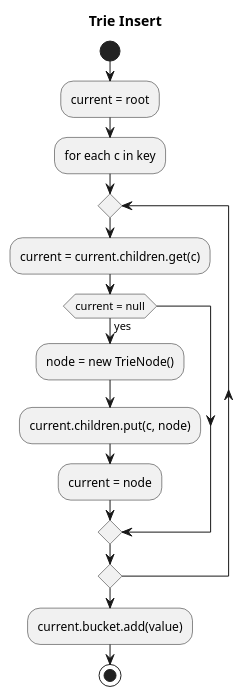
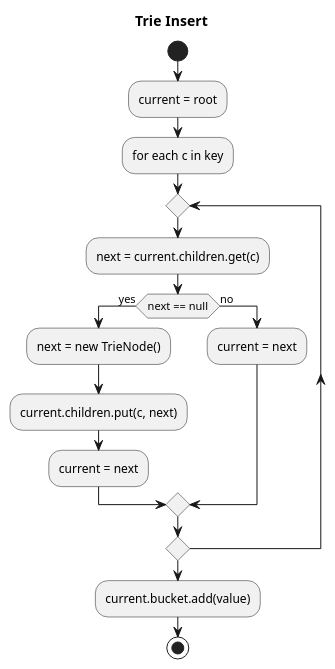
One commit to dmunguiatec/IC-6821-TC4 changed the diagram in design/ActivityTrieInsert.plantuml. Above: the diagram before and after it, drawn with PlantUML.

Commit message:
corrigiendo null pointer en diagrama activity trie insert

```diff
--- a/design/ActivityTrieInsert.plantuml
+++ b/design/ActivityTrieInsert.plantuml
@@ -1,19 +1,21 @@
 @startuml
 
 title Trie Insert
 
 start
 :current = root;
 
 :for each c in key;
 repeat
-    :current = current.children.get(c);
-    if (current = null) then (yes)
-        :node = new TrieNode();
-        :current.children.put(c, node);
-        :current = node;
+    :next = current.children.get(c);
+    if (next == null) then (yes)
+        :next = new TrieNode();
+        :current.children.put(c, next);
+        :current = next;
+    else (no)
+        :current = next;
     endif
 repeatwhile
 :current.bucket.add(value);
 stop
 @enduml
```
